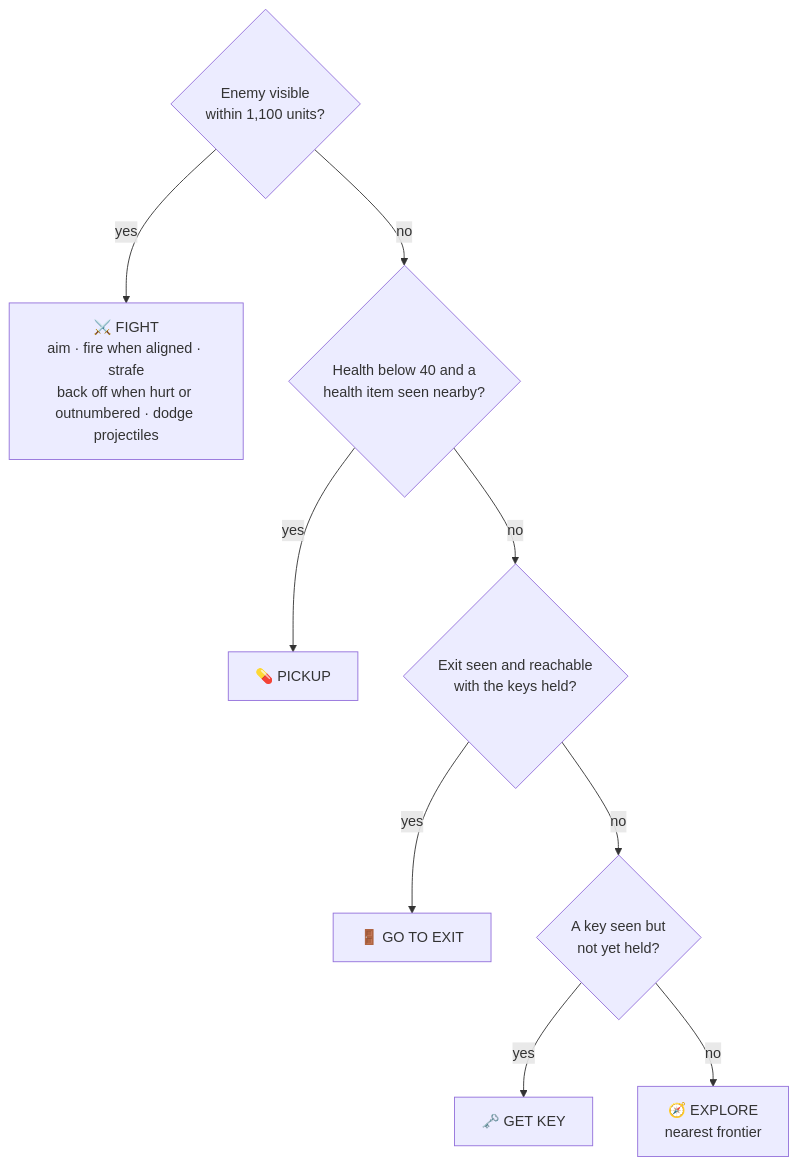
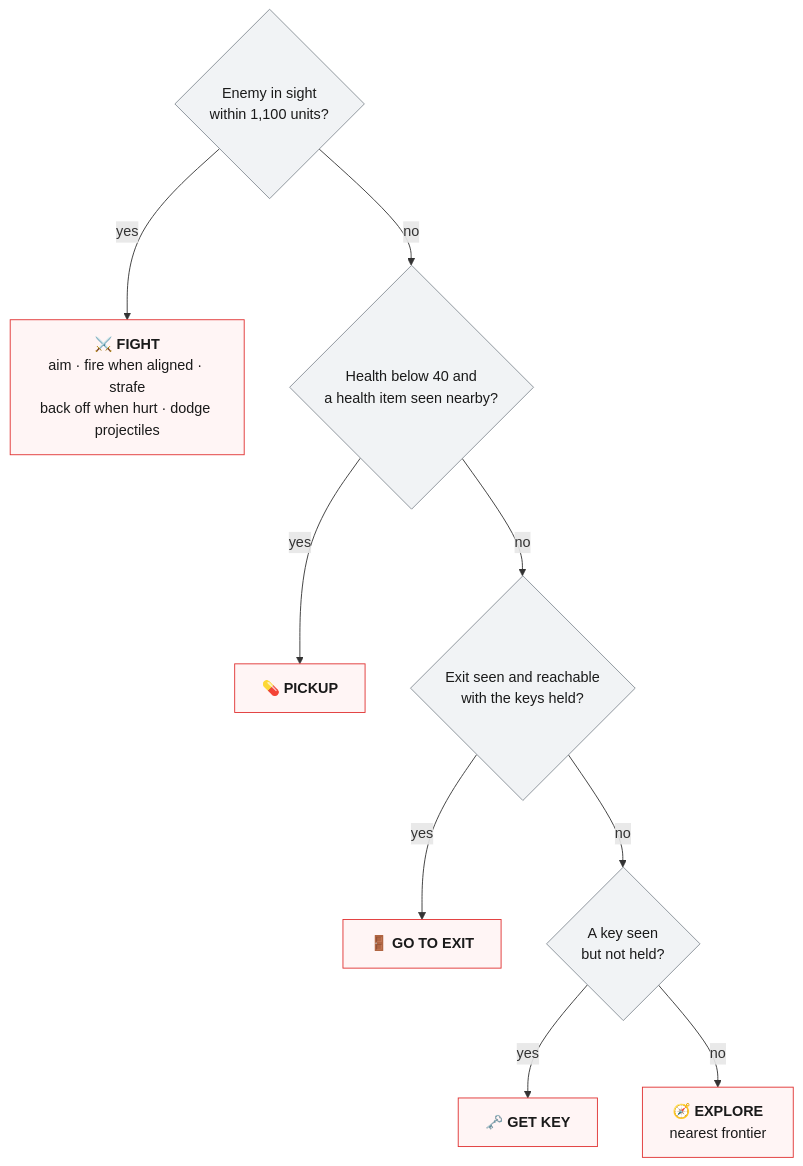
The fourth of 6 diagrams in README.md (AnshulMohanty/Agent_Yodha), drawn with Mermaid before and after one commit. The commit also changed other lines of this file, not shown here.

Commit message:
README: standalone project overview, styled diagrams, engineering decisions

````diff
--- a/README.md
+++ b/README.md
@@ -219,11 +276,16 @@
 ```mermaid
 flowchart TD
-    Q1{"Enemy visible<br/>within 1,100 units?"} -->|yes| F["⚔️ FIGHT<br/>aim · fire when aligned · strafe<br/>back off when hurt or outnumbered · dodge projectiles"]
-    Q1 -->|no| Q2{"Health below 40 and a<br/>health item seen nearby?"}
-    Q2 -->|yes| PK["💊 PICKUP"]
+    Q1{"Enemy in sight<br/>within 1,100 units?"} -->|yes| F["⚔️ <b>FIGHT</b><br/>aim · fire when aligned · strafe<br/>back off when hurt · dodge projectiles"]
+    Q1 -->|no| Q2{"Health below 40 and<br/>a health item seen nearby?"}
+    Q2 -->|yes| PK["💊 <b>PICKUP</b>"]
     Q2 -->|no| Q3{"Exit seen and reachable<br/>with the keys held?"}
-    Q3 -->|yes| EX["🚪 GO TO EXIT"]
-    Q3 -->|no| Q4{"A key seen but<br/>not yet held?"}
-    Q4 -->|yes| KY["🗝️ GET KEY"]
-    Q4 -->|no| XP["🧭 EXPLORE<br/>nearest frontier"]
+    Q3 -->|yes| EX["🚪 <b>GO TO EXIT</b>"]
+    Q3 -->|no| Q4{"A key seen<br/>but not held?"}
+    Q4 -->|yes| KY["🗝️ <b>GET KEY</b>"]
+    Q4 -->|no| XP["🧭 <b>EXPLORE</b><br/>nearest frontier"]
+
+    classDef q fill:#f1f3f5,stroke:#868e96,color:#1a1a1a
+    classDef a fill:#fff5f5,stroke:#e03131,color:#1a1a1a
+    class Q1,Q2,Q3,Q4 q
+    class F,PK,EX,KY,XP a
 ```
````
